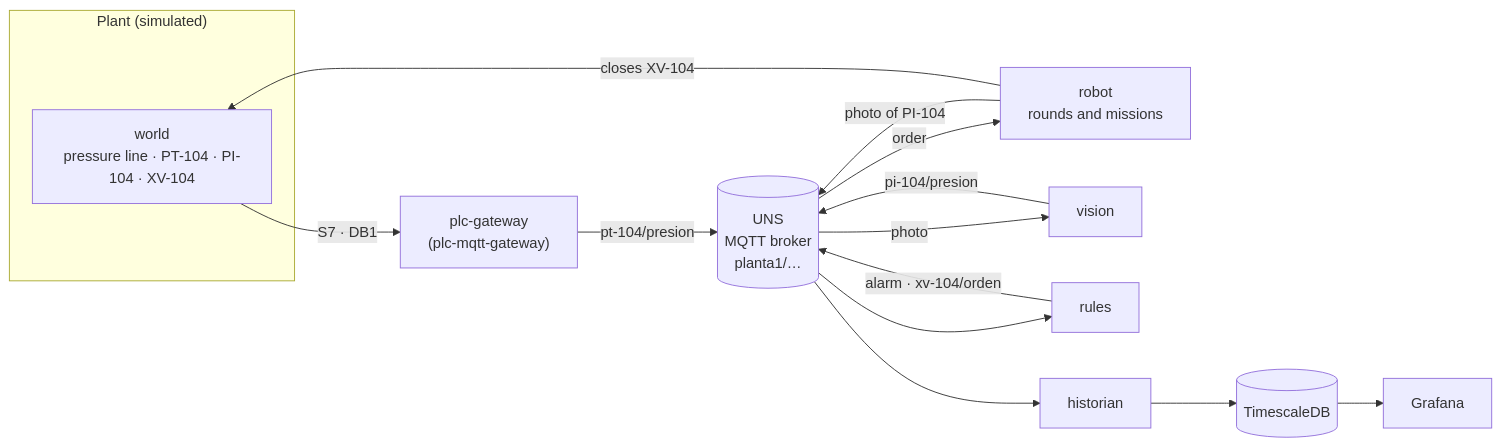
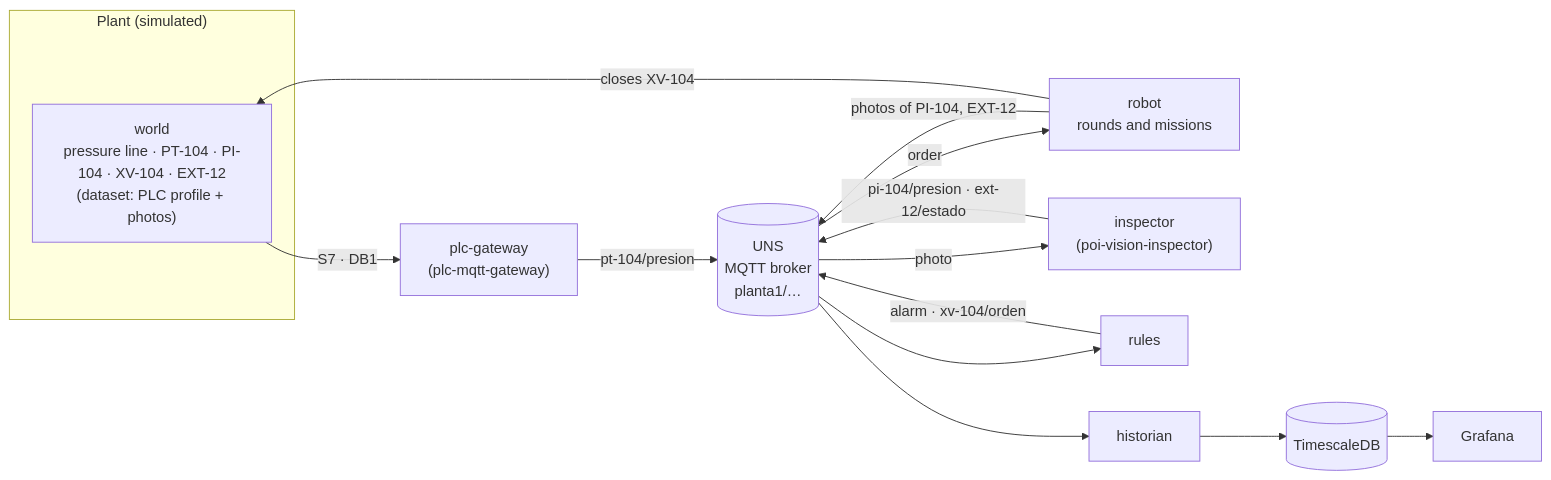
One commit to aseinotegi/industrial-uns-demo changed the diagram in README.md. Above: the diagram before and after it, drawn with Mermaid. The commit also changed other lines of this file and 40 other files, not shown here.

Commit message:
Real vision in the UNS: dataset of photos and PLC profile, poi-vision-inspector reads the robot's photos, extinguisher rule

````diff
--- a/README.md
+++ b/README.md
@@ -13,17 +13,17 @@
 ```mermaid
 flowchart LR
     subgraph plant["Plant (simulated)"]
-        W["world<br/>pressure line · PT-104 · PI-104 · XV-104"]
+        W["world<br/>pressure line · PT-104 · PI-104 · XV-104 · EXT-12<br/>(dataset: PLC profile + photos)"]
     end
-    R["robot<br/>rounds and missions"] -- "photo of PI-104" --> B
+    R["robot<br/>rounds and missions"] -- "photos of PI-104, EXT-12" --> B
     W -- "S7 · DB1" --> G["plc-gateway<br/>(plc-mqtt-gateway)"]
     G -- "pt-104/presion" --> B
     B[("UNS<br/>MQTT broker<br/>planta1/…")]
-    B -- photo --> V["vision"]
-    V -- "pi-104/presion" --> B
+    B -- photo --> V["inspector<br/>(poi-vision-inspector)"]
+    V -- "pi-104/presion · ext-12/estado" --> B
     B --> RU["rules"]
     RU -- "alarm · xv-104/orden" --> B
     B -- order --> R
     R -- "closes XV-104" --> W
     B --> H["historian"] --> T[("TimescaleDB")] --> GR["Grafana"]
 ```
````
